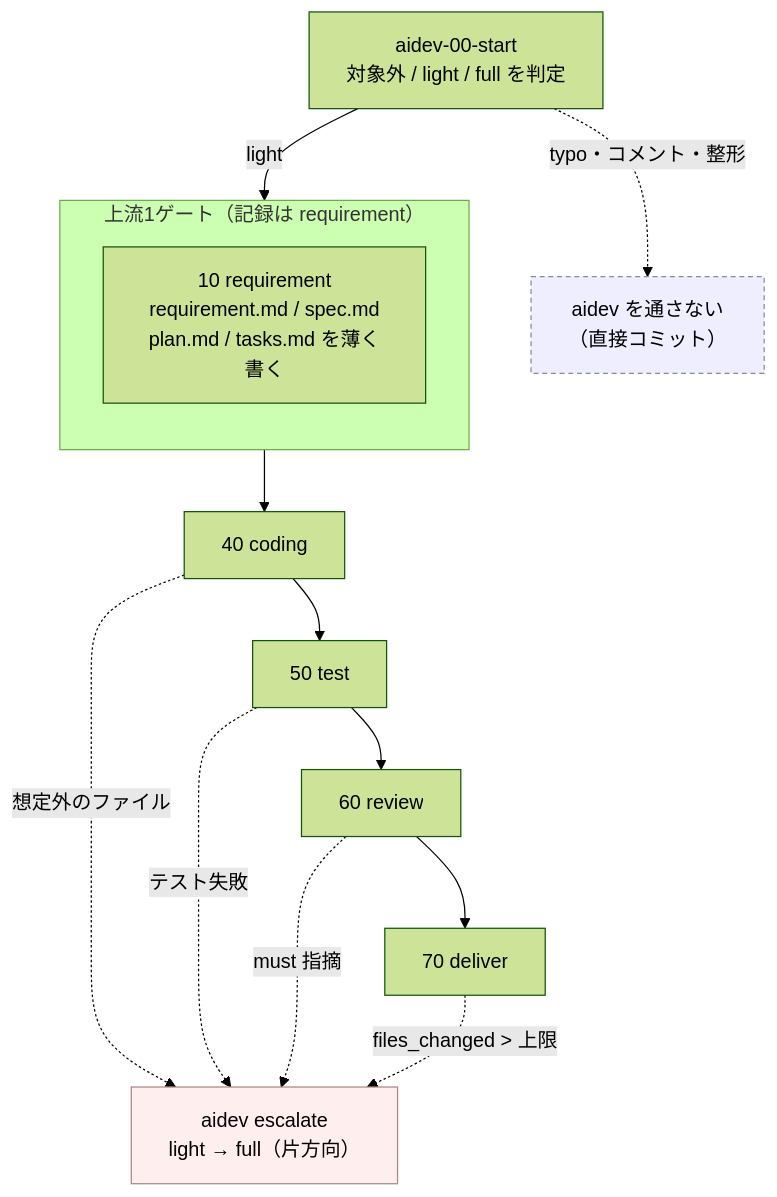
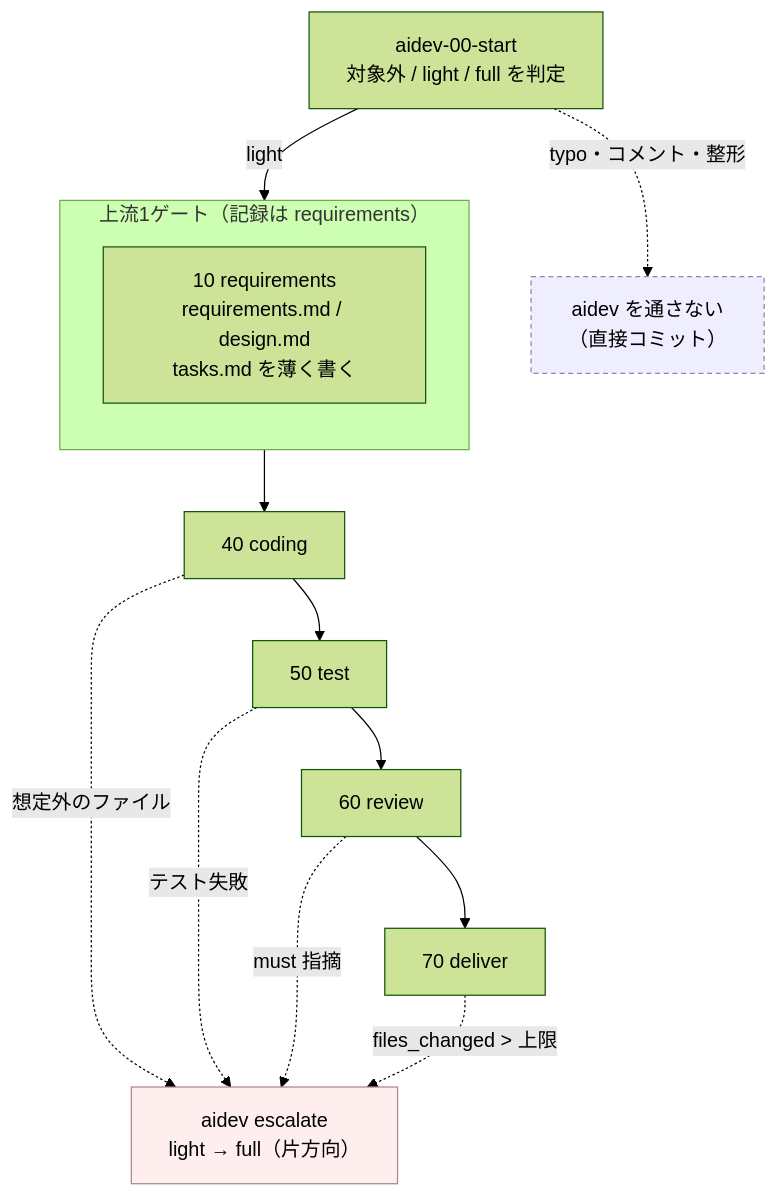
The second of 5 diagrams in docs/ClaudeCode/skills/aidev/aidev-docs/DESIGN.md (asaomaro/public_docs), drawn with Mermaid (forest theme) before and after one commit. The commit also changed other lines of this file and 32 other files, not shown here.

````diff
--- a/docs/ClaudeCode/skills/aidev/aidev-docs/DESIGN.md
+++ b/docs/ClaudeCode/skills/aidev/aidev-docs/DESIGN.md
@@ -50,24 +50,24 @@
 ```mermaid
 flowchart TD
   lstart["aidev-00-start<br/>対象外 / light / full を判定"]
   lstart -. "typo・コメント・整形" .-> none["aidev を通さない<br/>（直接コミット）"]
   lstart -- "light" --> lgate
 
-  subgraph LG["上流1ゲート（記録は requirement）"]
+  subgraph LG["上流1ゲート（記録は requirements）"]
     direction TB
-    lgate["10 requirement<br/>requirement.md / spec.md<br/>plan.md / tasks.md を薄く書く"]
+    lgate["10 requirements<br/>requirements.md / design.md<br/>tasks.md を薄く書く"]
   end
 
   lgate --> lcoding["40 coding"] --> ltest["50 test"] --> lreview["60 review"] --> ldeliver["70 deliver"]
 
   lcoding -. "想定外のファイル" .-> esc
   ltest -. "テスト失敗" .-> esc
   lreview -. "must 指摘" .-> esc
   ldeliver -. "files_changed > 上限" .-> esc
   esc["aidev escalate<br/>light → full（片方向）"]
 
   classDef sk fill:#eef,stroke:#88a,stroke-dasharray:4 3
   classDef warn fill:#fee,stroke:#a88
   class none sk
   class esc warn
 ```
````
